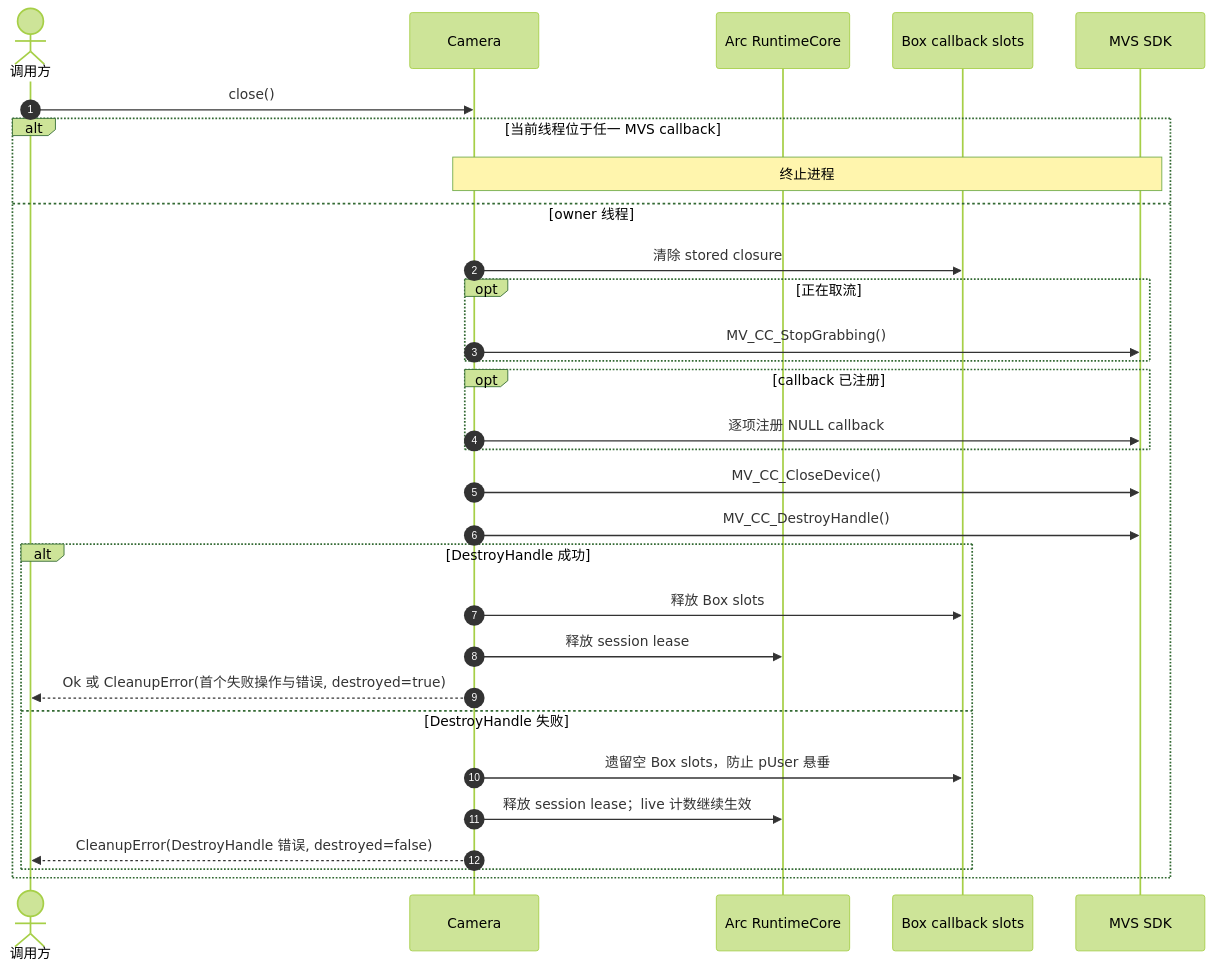
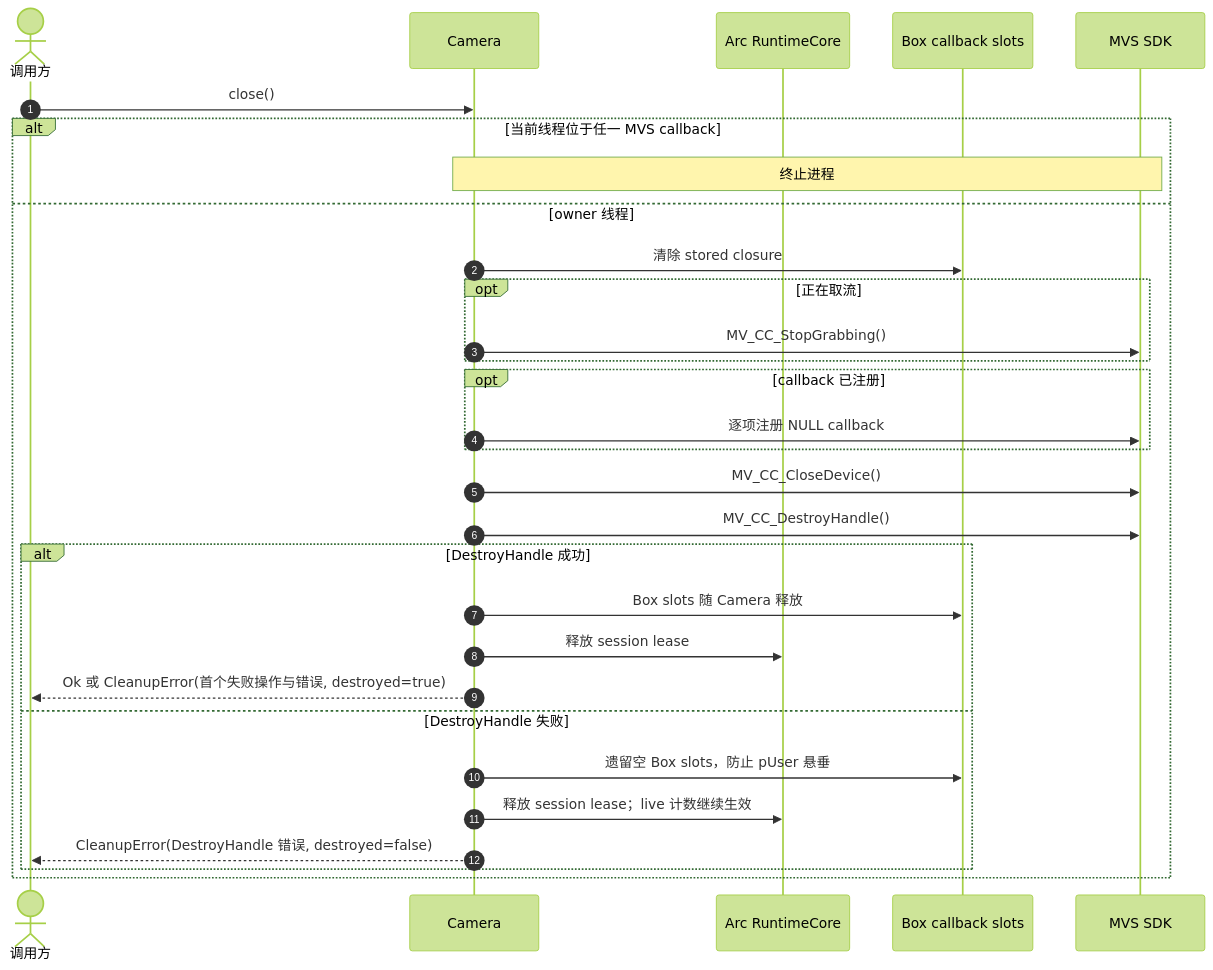
Before and after one commit to JSB-Unscarred/mvs-sdk-rs: the diagram in 时序图/Camera显式关闭与Drop兜底.md, drawn with Mermaid (forest theme). The commit also changed 20 other files, not shown here.

````diff
--- a/时序图/Camera显式关闭与Drop兜底.md
+++ b/时序图/Camera显式关闭与Drop兜底.md
@@ -3,33 +3,33 @@
 ```mermaid
 sequenceDiagram
     autonumber
     actor Caller as 调用方
     participant Camera as Camera
     participant Runtime as Arc RuntimeCore
     participant Slots as Box callback slots
     participant Native as MVS SDK
 
     Caller->>Camera: close()
     alt 当前线程位于任一 MVS callback
         Note over Camera,Native: 终止进程
     else owner 线程
         Camera->>Slots: 清除 stored closure
         opt 正在取流
             Camera->>Native: MV_CC_StopGrabbing()
         end
         opt callback 已注册
             Camera->>Native: 逐项注册 NULL callback
         end
         Camera->>Native: MV_CC_CloseDevice()
         Camera->>Native: MV_CC_DestroyHandle()
         alt DestroyHandle 成功
-            Camera->>Slots: 释放 Box slots
+            Camera->>Slots: Box slots 随 Camera 释放
             Camera->>Runtime: 释放 session lease
             Camera-->>Caller: Ok 或 CleanupError(首个失败操作与错误, destroyed=true)
         else DestroyHandle 失败
             Camera->>Slots: 遗留空 Box slots，防止 pUser 悬垂
             Camera->>Runtime: 释放 session lease；live 计数继续生效
             Camera-->>Caller: CleanupError(DestroyHandle 错误, destroyed=false)
         end
     end
 ```
````
